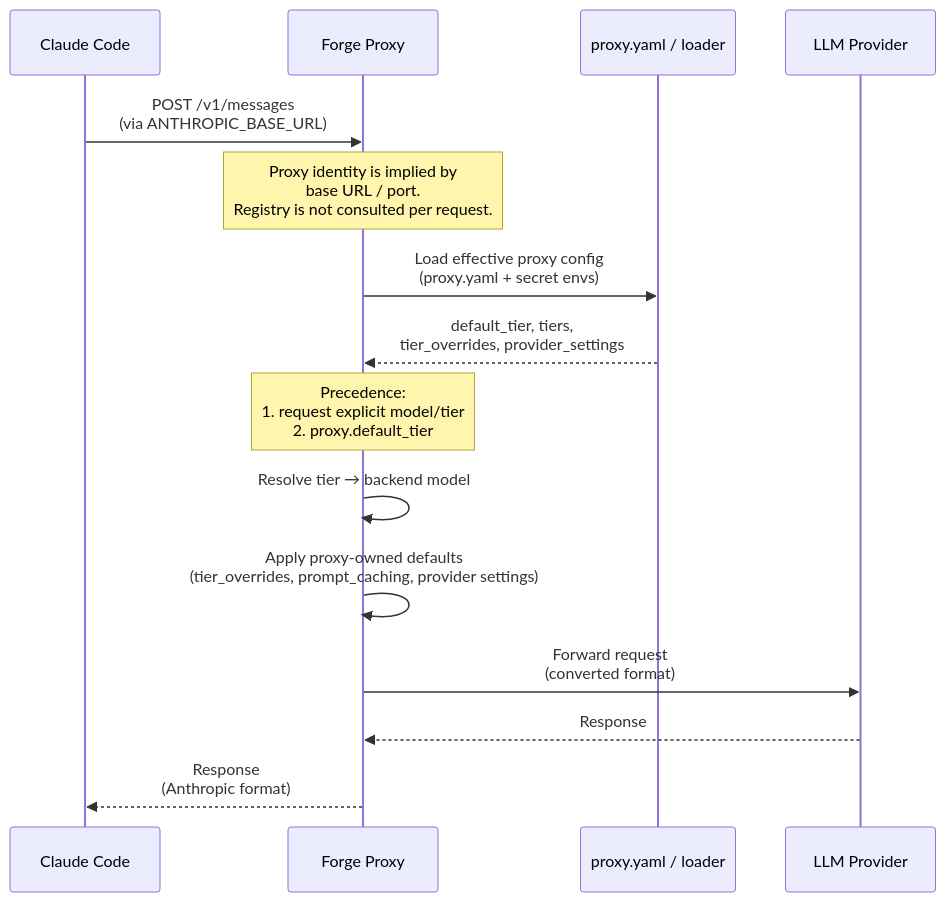
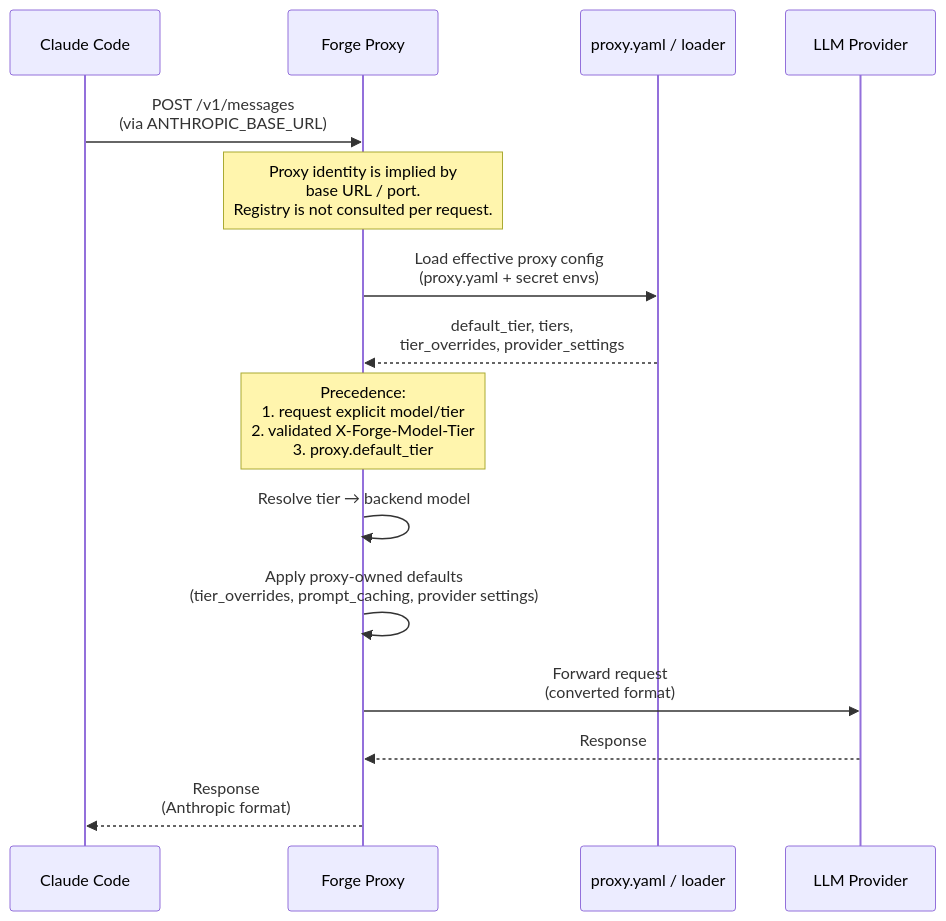
Before and after one commit to hapa1i/multi-forge: the sixth of 10 diagrams in docs/diagrams.md, drawn with Mermaid. The commit also changed 49 other files, not shown here.

````diff
--- a/docs/diagrams.md
+++ b/docs/diagrams.md
@@ -273,24 +273,24 @@
 ```mermaid
 sequenceDiagram
     participant CC as Claude Code
     participant Proxy as Forge Proxy
     participant Config as proxy.yaml / loader
     participant LLM as LLM Provider
 
     CC->>Proxy: POST /v1/messages<br/>(via ANTHROPIC_BASE_URL)
 
     Note over Proxy: Proxy identity is implied by<br/>base URL / port.<br/>Registry is not consulted per request.
 
     Proxy->>Config: Load effective proxy config<br/>(proxy.yaml + secret envs)
     Config-->>Proxy: default_tier, tiers,<br/>tier_overrides, provider_settings
 
-    Note over Proxy: Precedence:<br/>1. request explicit model/tier<br/>2. proxy.default_tier
+    Note over Proxy: Precedence:<br/>1. request explicit model/tier<br/>2. validated X-Forge-Model-Tier<br/>3. proxy.default_tier
 
     Proxy->>Proxy: Resolve tier → backend model
     Proxy->>Proxy: Apply proxy-owned defaults<br/>(tier_overrides, prompt_caching, provider settings)
 
     Proxy->>LLM: Forward request<br/>(converted format)
     LLM-->>Proxy: Response
 
     Proxy-->>CC: Response<br/>(Anthropic format)
 ```
````
